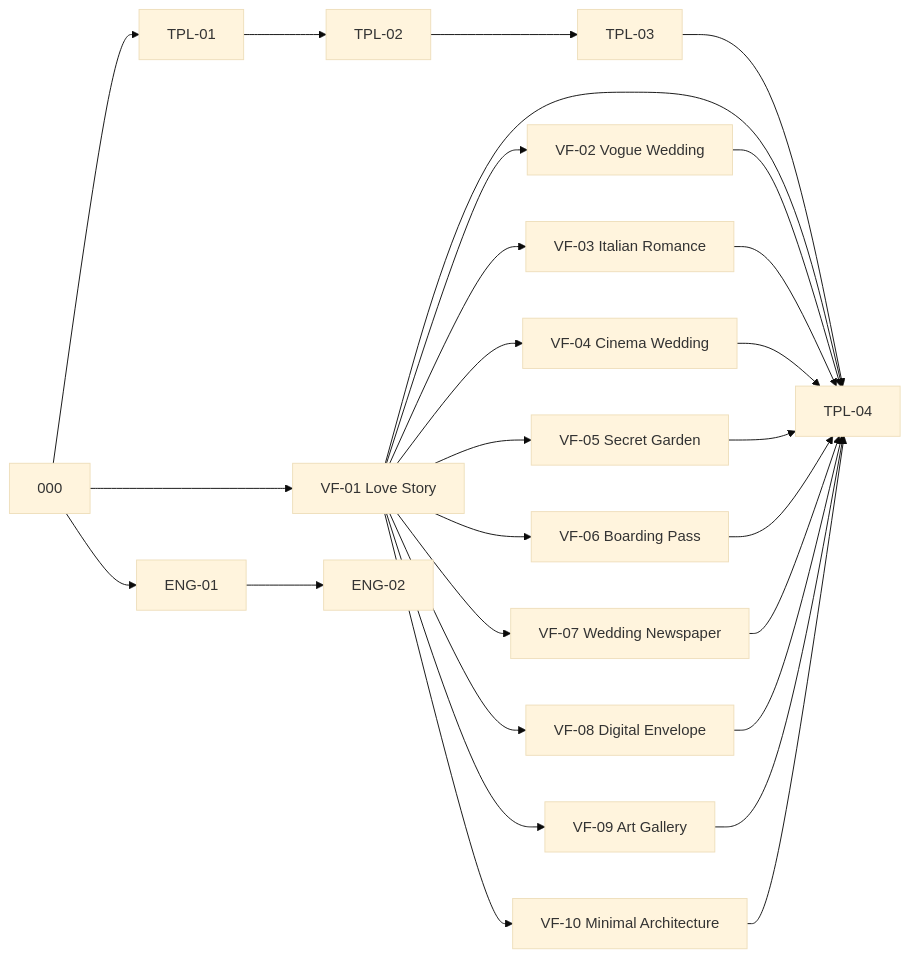
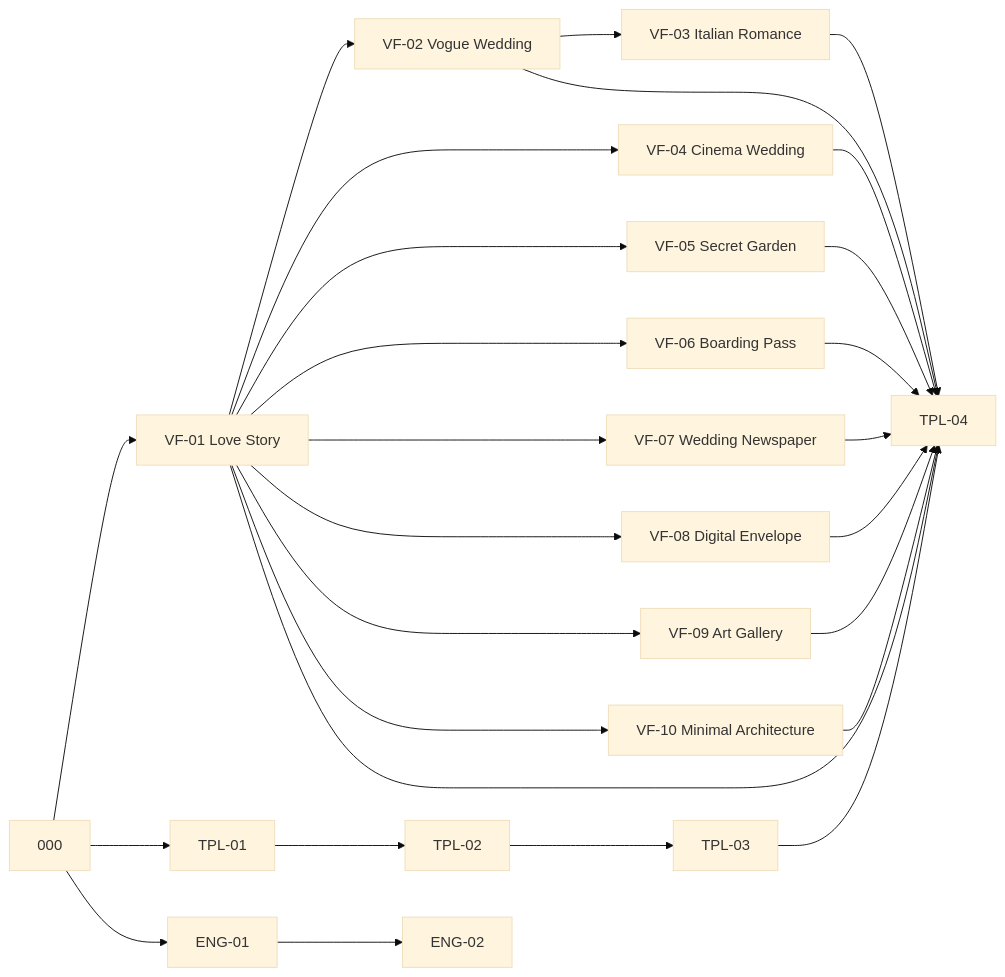
Before and after one commit to akkunov/invito: the first of 4 diagrams in docs/architecture/EVENTIQ-4.1-MASTER-PLAN.md, drawn with Mermaid (base theme). The commit also changed other lines of this file and 4 other files, not shown here.

````diff
--- a/docs/architecture/EVENTIQ-4.1-MASTER-PLAN.md
+++ b/docs/architecture/EVENTIQ-4.1-MASTER-PLAN.md
@@ -44,46 +44,46 @@
 ```mermaid
 flowchart LR
   T000["000"]
   TVF_01["VF-01 Love Story"]
   TVF_02["VF-02 Vogue Wedding"]
   TVF_03["VF-03 Italian Romance"]
   TVF_04["VF-04 Cinema Wedding"]
   TVF_05["VF-05 Secret Garden"]
   TVF_06["VF-06 Boarding Pass"]
   TVF_07["VF-07 Wedding Newspaper"]
   TVF_08["VF-08 Digital Envelope"]
   TVF_09["VF-09 Art Gallery"]
   TVF_10["VF-10 Minimal Architecture"]
   TTPL_01["TPL-01"]
   TTPL_02["TPL-02"]
   TTPL_03["TPL-03"]
   TTPL_04["TPL-04"]
   TENG_01["ENG-01"]
   TENG_02["ENG-02"]
   T000 --> TVF_01
   TVF_01 --> TVF_02
-  TVF_01 --> TVF_03
+  TVF_02 --> TVF_03
   TVF_01 --> TVF_04
   TVF_01 --> TVF_05
   TVF_01 --> TVF_06
   TVF_01 --> TVF_07
   TVF_01 --> TVF_08
   TVF_01 --> TVF_09
   TVF_01 --> TVF_10
   T000 --> TTPL_01
   TTPL_01 --> TTPL_02
   TTPL_02 --> TTPL_03
   TTPL_03 --> TTPL_04
   TVF_01 --> TTPL_04
   TVF_02 --> TTPL_04
   TVF_03 --> TTPL_04
   TVF_04 --> TTPL_04
   TVF_05 --> TTPL_04
   TVF_06 --> TTPL_04
   TVF_07 --> TTPL_04
   TVF_08 --> TTPL_04
   TVF_09 --> TTPL_04
   TVF_10 --> TTPL_04
   T000 --> TENG_01
   TENG_01 --> TENG_02
 ```
````
